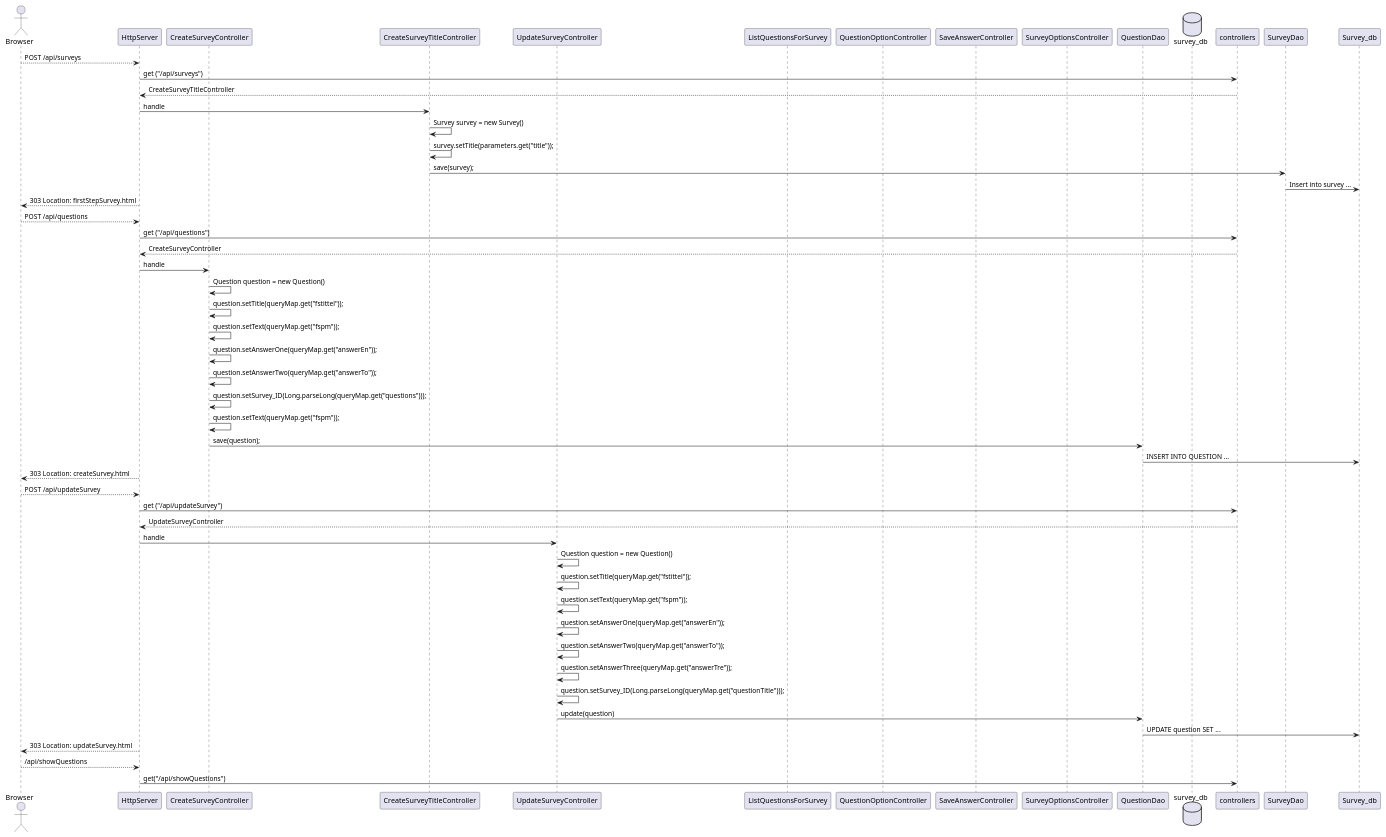
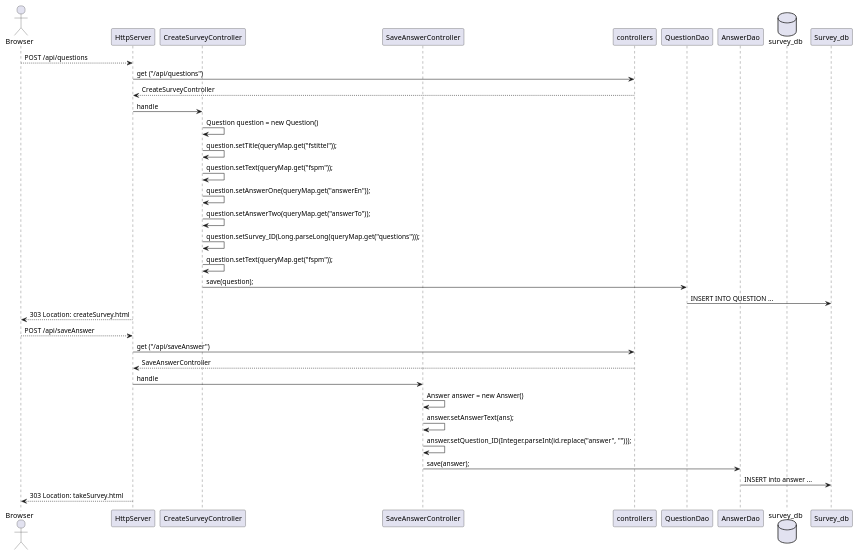
One commit to kristiania-pgr203-2021/pgr203-exam-sani-bagh changed the diagram in doc/HttpServerSequence.puml. Above: the diagram before and after it, drawn with PlantUML. The commit also changed 3 other files, not shown here.

```diff
--- a/doc/HttpServerSequence.puml
+++ b/doc/HttpServerSequence.puml
@@ -1,62 +1,41 @@
 @startuml
 
 actor Browser
 participant HttpServer
 participant CreateSurveyController
-participant CreateSurveyTitleController
-participant UpdateSurveyController
-participant ListQuestionsForSurvey
-participant QuestionOptionController
 participant SaveAnswerController
-participant SurveyOptionsController
+participant controllers
 participant QuestionDao
+participant AnswerDao
 database survey_db
-
-
-Browser --> HttpServer: POST /api/surveys
-HttpServer -> controllers: get ("/api/surveys")
-HttpServer <-- controllers: CreateSurveyTitleController
-HttpServer -> CreateSurveyTitleController: handle
-CreateSurveyTitleController -> CreateSurveyTitleController: Survey survey = new Survey()
-CreateSurveyTitleController -> CreateSurveyTitleController: survey.setTitle(parameters.get("title"));
-CreateSurveyTitleController -> SurveyDao: save(survey);
-SurveyDao -> Survey_db: Insert into survey ...
-Browser <-- HttpServer: 303 Location: firstStepSurvey.html
 
 
 Browser --> HttpServer: POST /api/questions
 HttpServer -> controllers: get ("/api/questions")
 HttpServer <-- controllers: CreateSurveyController
 HttpServer -> CreateSurveyController: handle
 CreateSurveyController -> CreateSurveyController: Question question = new Question()
 CreateSurveyController -> CreateSurveyController: question.setTitle(queryMap.get("fstittel"));
 CreateSurveyController -> CreateSurveyController: question.setText(queryMap.get("fspm"));
 CreateSurveyController -> CreateSurveyController: question.setAnswerOne(queryMap.get("answerEn"));
 CreateSurveyController -> CreateSurveyController: question.setAnswerTwo(queryMap.get("answerTo"));
 CreateSurveyController -> CreateSurveyController: question.setSurvey_ID(Long.parseLong(queryMap.get("questions")));
 CreateSurveyController -> CreateSurveyController: question.setText(queryMap.get("fspm"));
 CreateSurveyController -> QuestionDao: save(question);
 QuestionDao -> Survey_db: INSERT INTO QUESTION ...
 Browser <-- HttpServer: 303 Location: createSurvey.html
 
-Browser --> HttpServer: POST /api/updateSurvey
-HttpServer -> controllers: get ("/api/updateSurvey")
-HttpServer <-- controllers: UpdateSurveyController
-HttpServer -> UpdateSurveyController: handle
-UpdateSurveyController -> UpdateSurveyController: Question question = new Question()
-UpdateSurveyController -> UpdateSurveyController: question.setTitle(queryMap.get("fstittel"));
-UpdateSurveyController -> UpdateSurveyController: question.setText(queryMap.get("fspm"));
-UpdateSurveyController -> UpdateSurveyController: question.setAnswerOne(queryMap.get("answerEn"));
-UpdateSurveyController -> UpdateSurveyController: question.setAnswerTwo(queryMap.get("answerTo"));
-UpdateSurveyController -> UpdateSurveyController: question.setAnswerThree(queryMap.get("answerTre"));
-UpdateSurveyController -> UpdateSurveyController: question.setSurvey_ID(Long.parseLong(queryMap.get("questionTitle")));
-UpdateSurveyController -> QuestionDao: update(question)
-QuestionDao -> Survey_db: UPDATE question SET ...
-Browser <-- HttpServer: 303 Location: updateSurvey.html
-
-Browser --> HttpServer: /api/showQuestions
-HttpServer -> controllers: get("/api/showQuestions")
+Browser --> HttpServer: POST /api/saveAnswer
+HttpServer -> controllers: get ("/api/saveAnswer")
+HttpServer <-- controllers: SaveAnswerController
+HttpServer -> SaveAnswerController: handle
+SaveAnswerController -> SaveAnswerController: Answer answer = new Answer()
+SaveAnswerController -> SaveAnswerController: answer.setAnswerText(ans);
+SaveAnswerController -> SaveAnswerController: answer.setQuestion_ID(Integer.parseInt(id.replace("answer", "")));
+SaveAnswerController -> AnswerDao: save(answer);
+AnswerDao -> Survey_db: INSERT into answer ...
+Browser <-- HttpServer: 303 Location: takeSurvey.html
 
 
 
 @enduml
```
